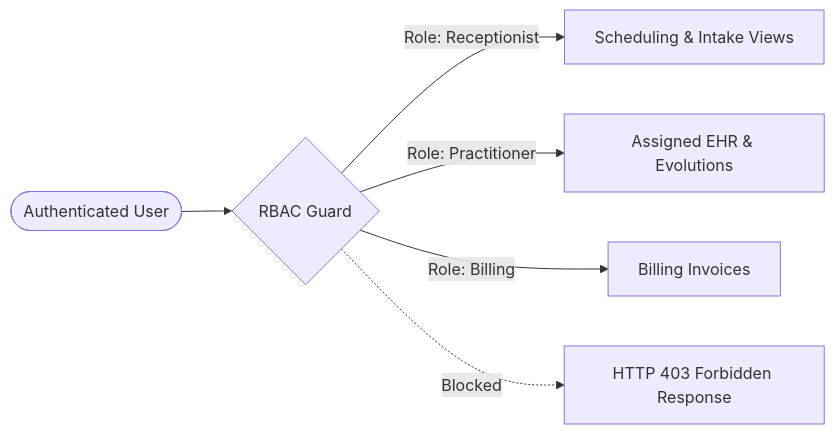
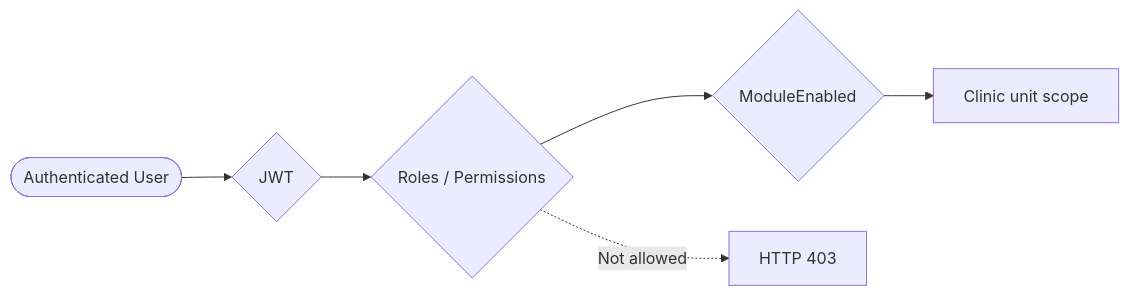
Before and after one commit to leonardosantana214/case-study-cpae-saas: the diagram in docs/security.md, drawn with Mermaid. The commit also changed other lines of this file and 5 other files, not shown here.

````diff
--- a/docs/security.md
+++ b/docs/security.md
@@ -21,8 +24,8 @@
 ```mermaid
 flowchart LR
-    User([Authenticated User]) --> Guard{RBAC Guard}
-    Guard -->|Role: Receptionist| AllowedSched[Scheduling & Intake Views]
-    Guard -->|Role: Practitioner| AllowedClin[Assigned EHR & Evolutions]
-    Guard -->|Role: Billing| AllowedBill[Billing Invoices]
-    Guard -.->|Blocked| Denied[HTTP 403 Forbidden Response]
+    User([Authenticated User]) --> Jwt{JWT}
+    Jwt --> Roles{Roles / Permissions}
+    Roles --> Module{ModuleEnabled}
+    Module --> Unit[Clinic unit scope]
+    Roles -.->|Not allowed| Denied[HTTP 403]
 ```
````
